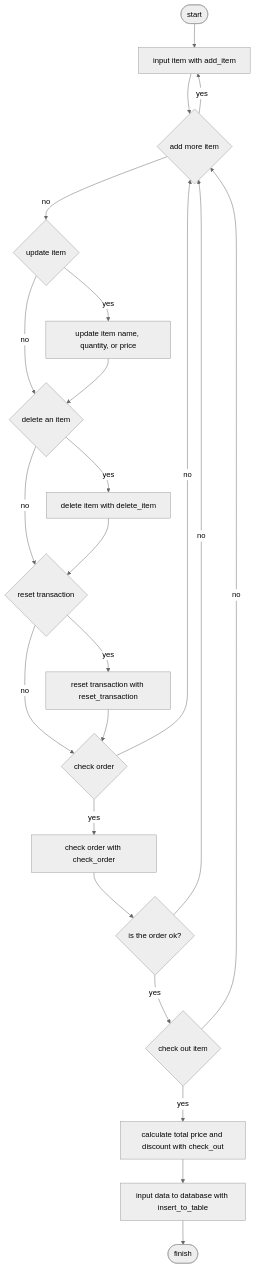
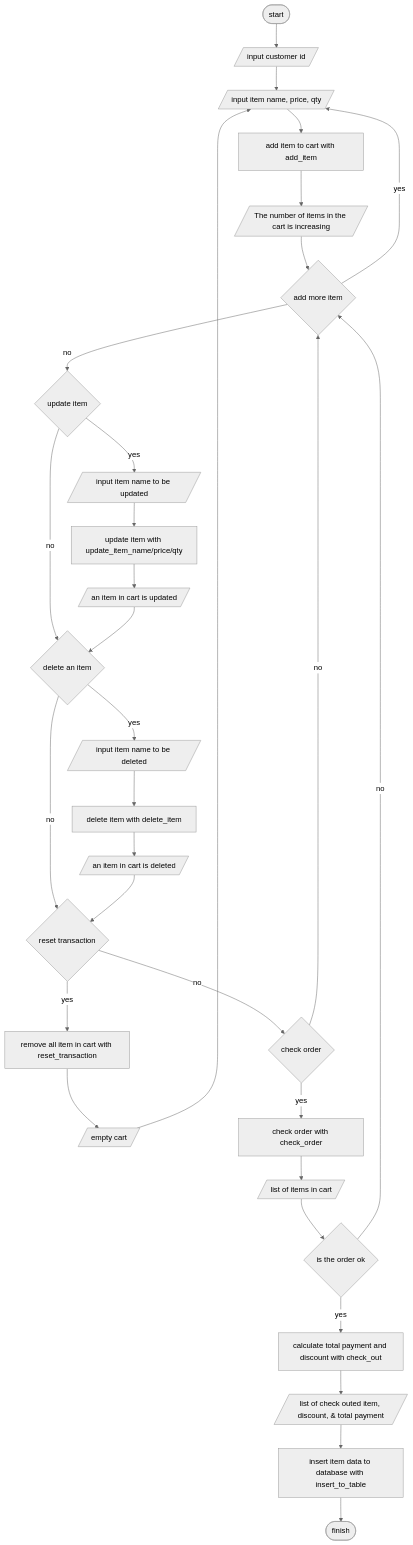
Before and after one commit to naputami/super-cashier: the diagram in readme.md, drawn with Mermaid (neutral theme). The commit also changed other lines of this file and 2 other files, not shown here.

Commit message:
update read me, fix main.py and transaction.py

````diff
--- a/readme.md
+++ b/readme.md
@@ -26,25 +26,33 @@
 ```mermaid
 flowchart TD
-	A([start]) --> B[input item with add_item]
-	B --> C{add more item}
-	C --> |yes| B
-	C --> |no| D{update item}
-	D --> |yes| E[update item name, quantity, or price]
-	D --> |no| F{delete an item}
-	E --> F
-	F --> |yes| G[delete item with delete_item]
-	F --> |no| H{reset transaction}
-	G --> H
-	H --> |yes| I[reset transaction with reset_transaction]
-	H --> |no| K{check order}
-	I --> K
-	K --> |yes| L[check order with check_order]
-	K --> |no| C
-	L --> M{is the order ok?}
-	M --> |yes|N{check out item}
-	M --> |no| C
-	N --> |yes| O[calculate total price and discount with check_out]
-	N --> |no| C
-	O --> P[input data to database with insert_to_table]
-	P --> Q([finish])
+	A([start]) --> B[/input customer id/]
+	B --> C[/input item name, price, qty/]
+	C --> D[add item to cart with add_item]
+	D --> E[/The number of items in the cart is increasing/]
+	E --> F{add more item}
+	F --> |yes| C
+	F --> |no| G{update item}
+	G --> |yes| H[/input item name to be updated/]
+	H --> I[update item with update_item_name/price/qty]
+	I --> J[/an item in cart is updated/]
+	G --> |no|K{delete an item}
+	J --> K
+	K --> |yes| L[/input item name to be deleted/]
+	L --> M[delete item with delete_item]
+	M --> N[/an item in cart is deleted/]
+	K --> |no| O{reset transaction}
+	N --> O
+	O --> |yes| P[remove all item in cart with reset_transaction]
+	P --> Q[/empty cart/]
+	Q --> C
+	O --> |no| R{check order}
+	R --> |yes| S[check order with check_order]
+	S --> T[/list of items in cart/]
+	R --> |no|F
+	T --> U{is the order ok}
+	U --> |no| F
+	U --> |yes|V[calculate total payment and discount with check_out]
+	V --> W[/list of check outed item, discount, & total payment/]
+	W --> X[insert item data to database with insert_to_table]
+	X --> Y([finish])
 ```
````
